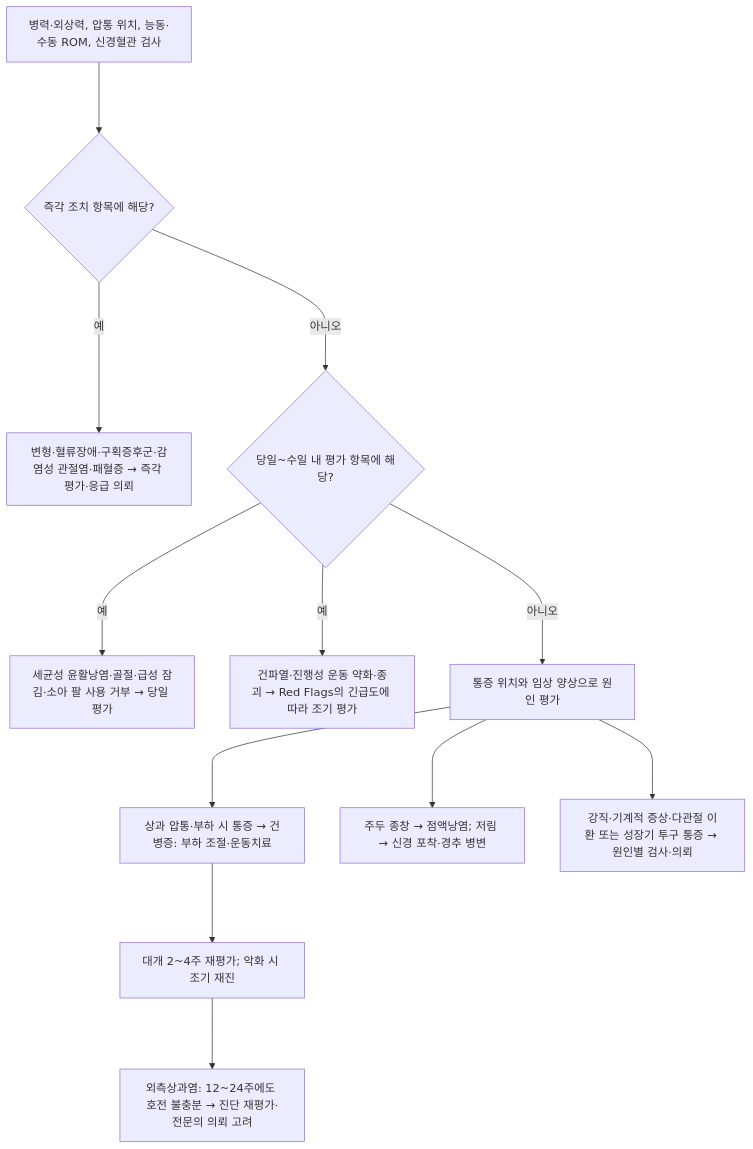
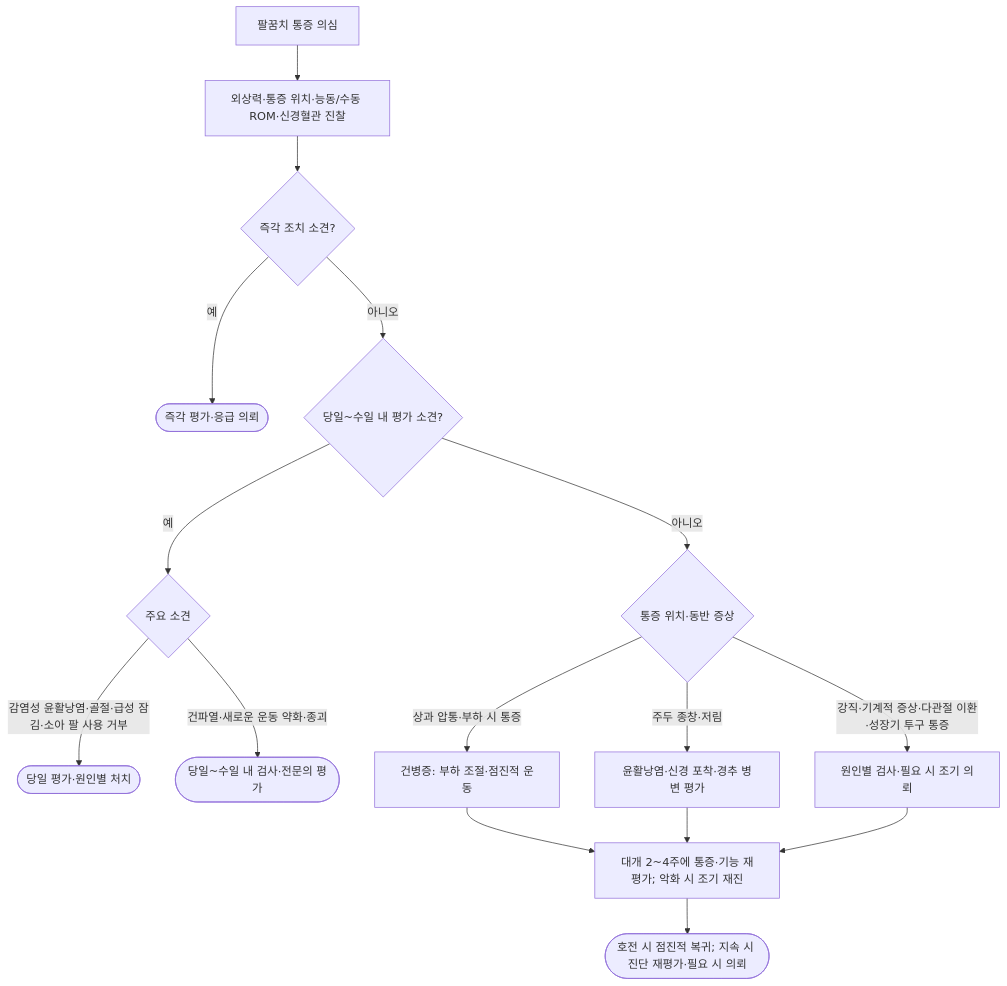
The diagram in 228_/140_-elbow-pain.md (familyoh77/familyoh77), drawn with Mermaid before and after one commit. The commit also changed other lines of this file and 9 other files, not shown here.

````diff
--- a/228_/140_-elbow-pain.md
+++ b/228_/140_-elbow-pain.md
@@ -135,15 +138,18 @@
 ```mermaid
 graph TD
-    A["병력·외상력, 압통 위치, 능동·수동 ROM, 신경혈관 검사"]
-    A ---> B{"즉각 조치 항목에 해당?"}
-    B --->|예| B1["변형·혈류장애·구획증후군·감염성 관절염·패혈증 → 즉각 평가·응급 의뢰"]
-    B --->|아니오| C{"당일~수일 내 평가 항목에 해당?"}
-    C --->|예| C1["세균성 윤활낭염·골절·급성 잠김·소아 팔 사용 거부 → 당일 평가"]
-    C --->|예| C2["건파열·진행성 운동 약화·종괴 → Red Flags의 긴급도에 따라 조기 평가"]
-    C --->|아니오| D["통증 위치와 임상 양상으로 원인 평가"]
-    D ---> D1["상과 압통·부하 시 통증 → 건병증: 부하 조절·운동치료"]
-    D ---> D2["주두 종창 → 점액낭염; 저림 → 신경 포착·경추 병변"]
-    D ---> D3["강직·기계적 증상·다관절 이환 또는 성장기 투구 통증 → 원인별 검사·의뢰"]
-    D1 ---> E["대개 2~4주 재평가; 악화 시 조기 재진"]
-    E ---> F["외측상과염: 12~24주에도 호전 불충분 → 진단 재평가·전문의 의뢰 고려"]
+    A["팔꿈치 통증 의심"] --> A1["외상력·통증 위치·능동/수동 ROM·신경혈관 진찰"]
+    A1 --> B{"즉각 조치 소견?"}
+    B -->|예| B1(["즉각 평가·응급 의뢰"])
+    B -->|아니오| C{"당일~수일 내 평가 소견?"}
+    C -->|예| C0{"주요 소견"}
+    C0 -->|"감염성 윤활낭염·골절·급성 잠김·소아 팔 사용 거부"| C1(["당일 평가·원인별 처치"])
+    C0 -->|"건파열·새로운 운동 약화·종괴"| C2(["당일~수일 내 검사·전문의 평가"])
+    C -->|아니오| D{"통증 위치·동반 증상"}
+    D -->|"상과 압통·부하 시 통증"| D1["건병증: 부하 조절·점진적 운동"]
+    D -->|"주두 종창·저림"| D2["윤활낭염·신경 포착·경추 병변 평가"]
+    D -->|"강직·기계적 증상·다관절 이환·성장기 투구 통증"| D3["원인별 검사·필요 시 조기 의뢰"]
+    D1 --> E["대개 2~4주에 통증·기능 재평가; 악화 시 조기 재진"]
+    D2 --> E
+    D3 --> E
+    E --> F(["호전 시 점진적 복귀; 지속 시 진단 재평가·필요 시 의뢰"])
 ```
````
